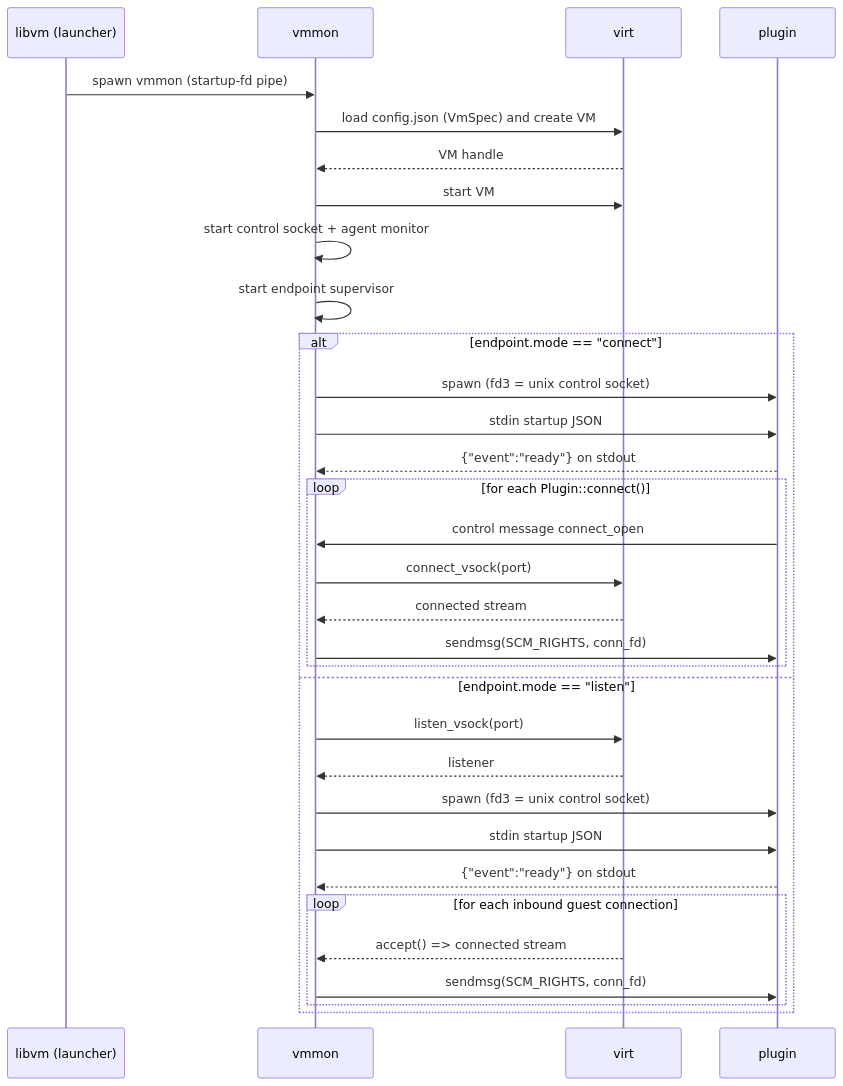
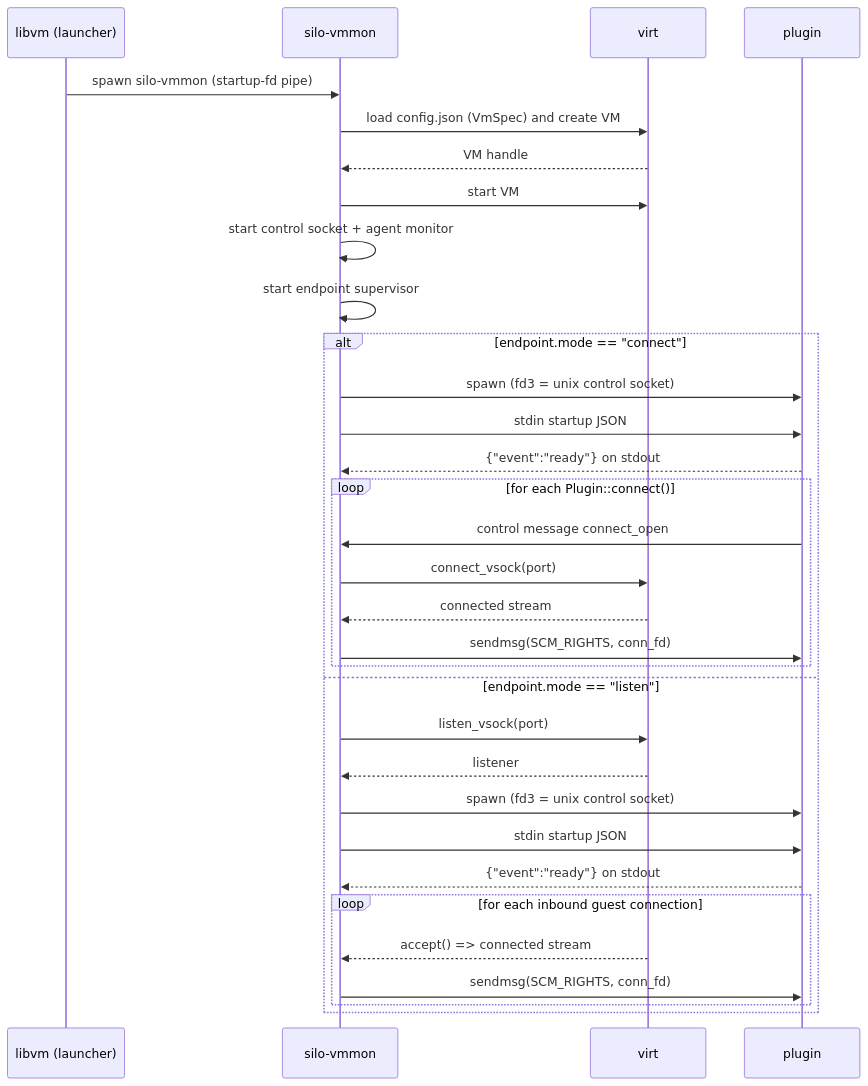
One commit to vandycknick/silo changed the first of 2 diagrams in docs/adr/0005-vmmon-vsock-endpoint-plugins.md. Above: the diagram before and after it, drawn with Mermaid. The commit also changed other lines of this file and 34 other files, not shown here.

First line of the commit message:
docs: single state root, silo-vmmon contract, and rename

````diff
--- a/docs/adr/0005-vmmon-vsock-endpoint-plugins.md
+++ b/docs/adr/0005-vmmon-vsock-endpoint-plugins.md
@@ -98,36 +100,36 @@
 ```mermaid
 sequenceDiagram
   participant libvm as libvm (launcher)
-  participant vmmon as vmmon
+  participant monitor as silo-vmmon
   participant virt as virt
   participant plugin as plugin
 
-  libvm->>vmmon: spawn vmmon (startup-fd pipe)
-  vmmon->>virt: load config.json (VmSpec) and create VM
-  virt-->>vmmon: VM handle
-  vmmon->>virt: start VM
-  vmmon->>vmmon: start control socket + agent monitor
-  vmmon->>vmmon: start endpoint supervisor
+  libvm->>monitor: spawn silo-vmmon (startup-fd pipe)
+  monitor->>virt: load config.json (VmSpec) and create VM
+  virt-->>monitor: VM handle
+  monitor->>virt: start VM
+  monitor->>monitor: start control socket + agent monitor
+  monitor->>monitor: start endpoint supervisor
 
   alt endpoint.mode == "connect"
-    vmmon->>plugin: spawn (fd3 = unix control socket)
-    vmmon->>plugin: stdin startup JSON
-    plugin-->>vmmon: {"event":"ready"} on stdout
+    monitor->>plugin: spawn (fd3 = unix control socket)
+    monitor->>plugin: stdin startup JSON
+    plugin-->>monitor: {"event":"ready"} on stdout
     loop for each Plugin::connect()
-      plugin->>vmmon: control message connect_open
-      vmmon->>virt: connect_vsock(port)
-      virt-->>vmmon: connected stream
-      vmmon->>plugin: sendmsg(SCM_RIGHTS, conn_fd)
+      plugin->>monitor: control message connect_open
+      monitor->>virt: connect_vsock(port)
+      virt-->>monitor: connected stream
+      monitor->>plugin: sendmsg(SCM_RIGHTS, conn_fd)
     end
   else endpoint.mode == "listen"
-    vmmon->>virt: listen_vsock(port)
-    virt-->>vmmon: listener
-    vmmon->>plugin: spawn (fd3 = unix control socket)
-    vmmon->>plugin: stdin startup JSON
-    plugin-->>vmmon: {"event":"ready"} on stdout
+    monitor->>virt: listen_vsock(port)
+    virt-->>monitor: listener
+    monitor->>plugin: spawn (fd3 = unix control socket)
+    monitor->>plugin: stdin startup JSON
+    plugin-->>monitor: {"event":"ready"} on stdout
     loop for each inbound guest connection
-      virt-->>vmmon: accept() => connected stream
-      vmmon->>plugin: sendmsg(SCM_RIGHTS, conn_fd)
+      virt-->>monitor: accept() => connected stream
+      monitor->>plugin: sendmsg(SCM_RIGHTS, conn_fd)
     end
   end
 ```
````
